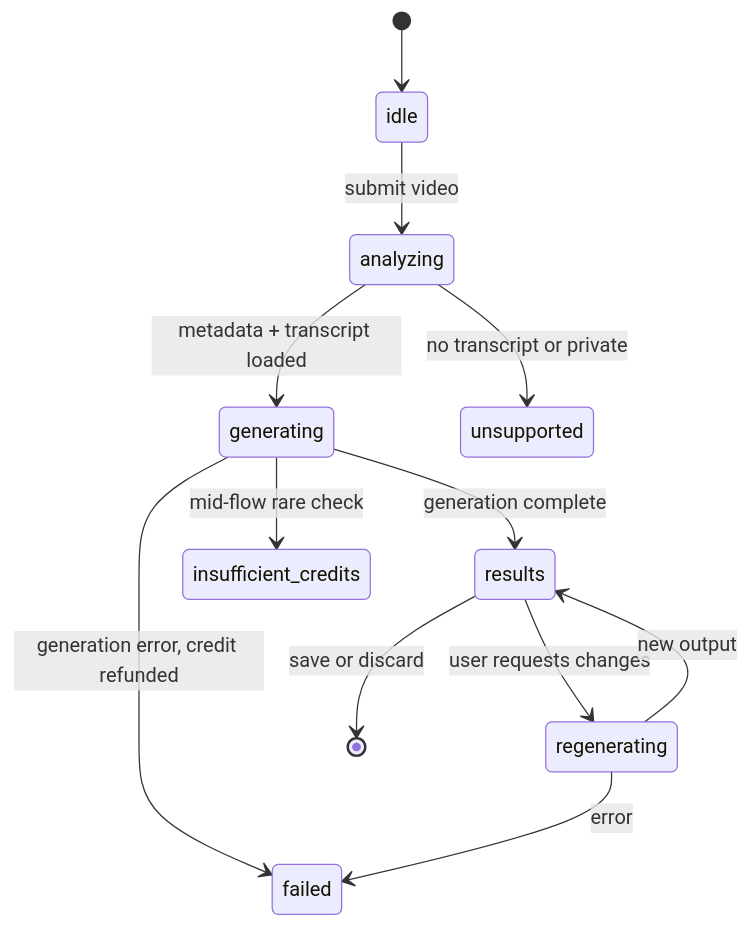
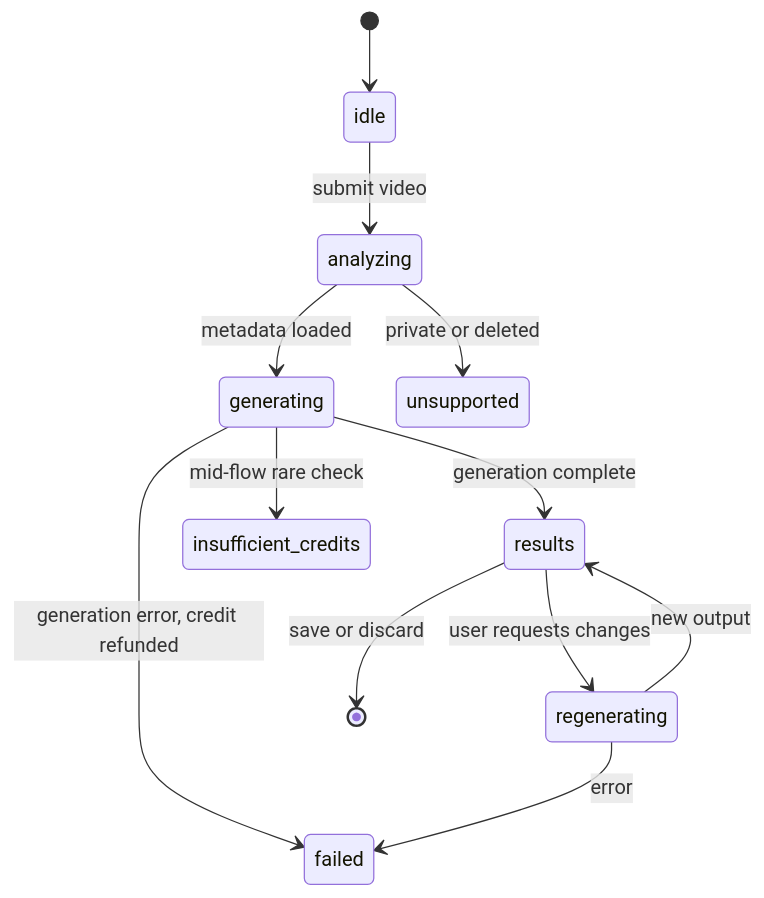
One commit to whywaris/ytniches changed the fourth of 6 diagrams in docs/Application-Flow.md. Above: the diagram before and after it, drawn with Mermaid. The commit also changed 4 other files, not shown here.

````diff
--- a/docs/Application-Flow.md
+++ b/docs/Application-Flow.md
@@ -210,14 +210,14 @@
 ```mermaid
 stateDiagram-v2
   [*] --> idle
   idle --> analyzing: submit video
-  analyzing --> generating: metadata + transcript loaded
-  analyzing --> unsupported: no transcript or private
+  analyzing --> generating: metadata loaded
+  analyzing --> unsupported: private or deleted
   generating --> results: generation complete
   generating --> failed: generation error, credit refunded
   generating --> insufficient_credits: mid-flow rare check
   results --> regenerating: user requests changes
   regenerating --> results: new output
   regenerating --> failed: error
   results --> [*]: save or discard
 ```
````
